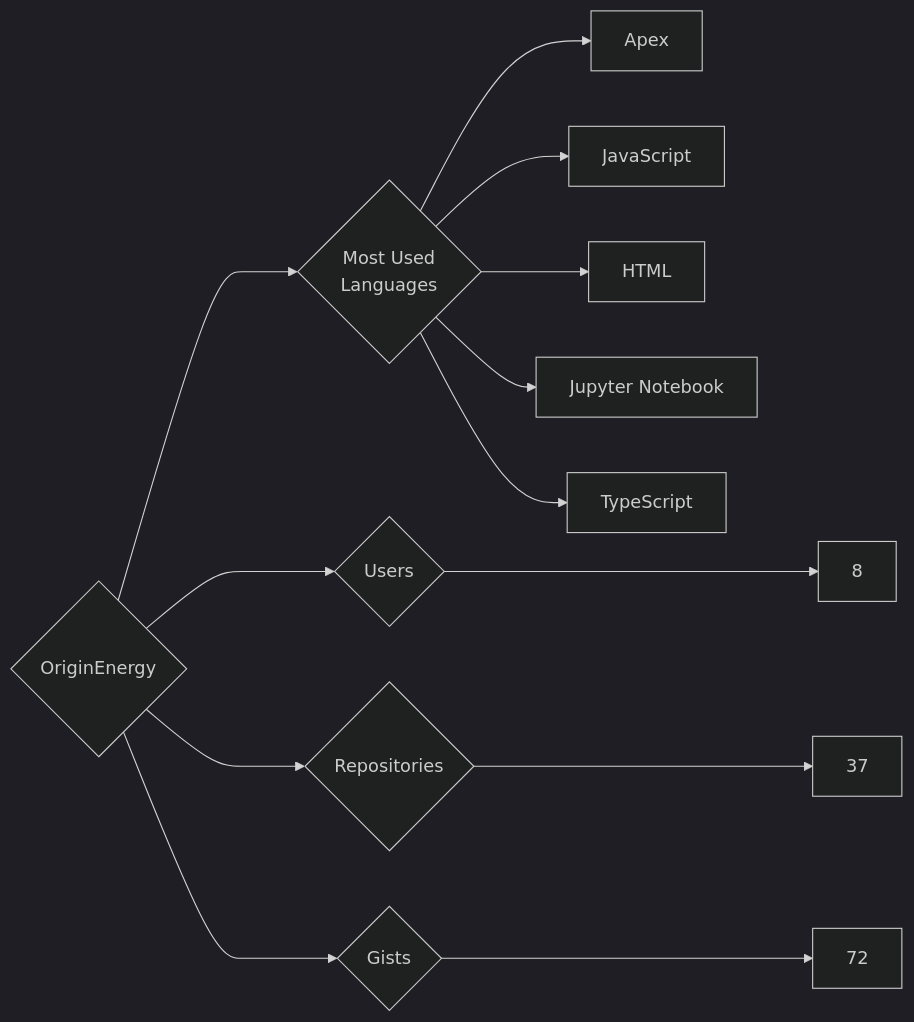
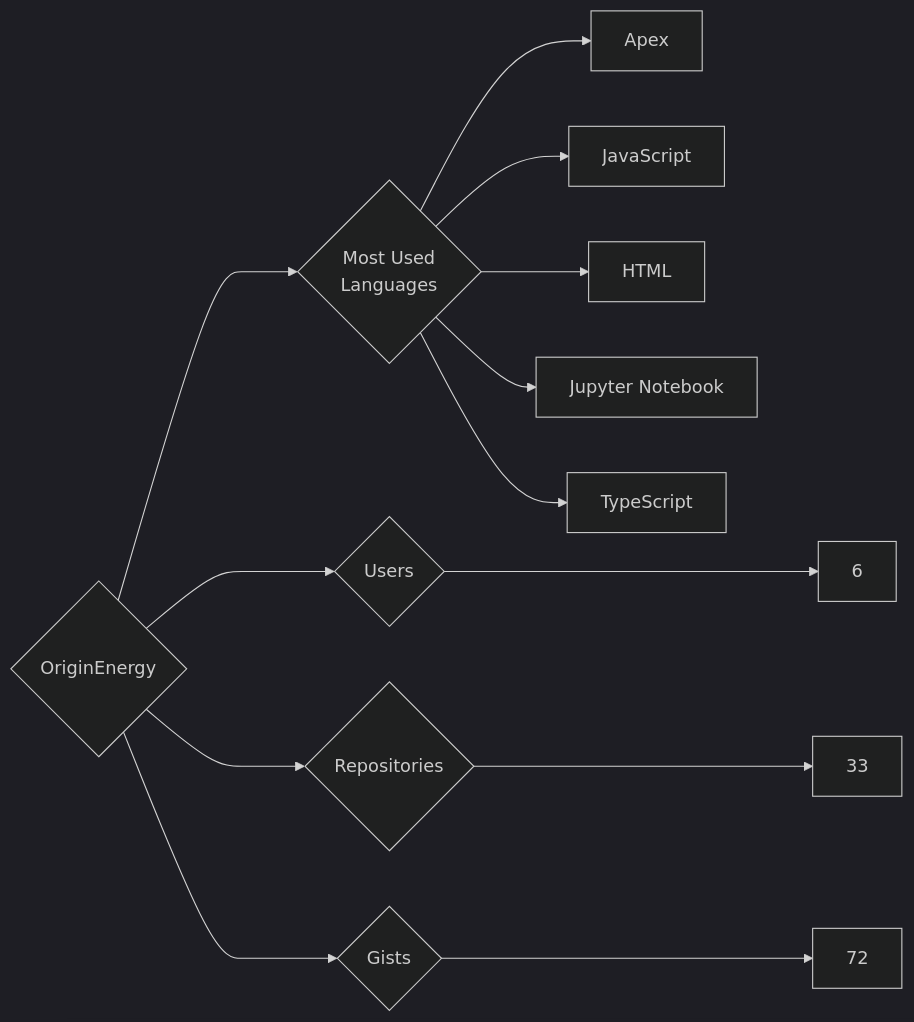
One commit to trickest/insiders changed the diagram in targets/OriginEnergy/README.md. Above: the diagram before and after it, drawn with Mermaid (dark theme). The commit also changed 1484 other files, not shown here.

````diff
--- a/targets/OriginEnergy/README.md
+++ b/targets/OriginEnergy/README.md
@@ -3,13 +3,13 @@
 ```mermaid
 graph LR
 COMPANY_NAME{OriginEnergy}
-COMPANY_NAME ---> U{Users} ---> UN[8]
-COMPANY_NAME ---> R{Repositories} ---> RN[37]
+COMPANY_NAME ---> U{Users} ---> UN[6]
+COMPANY_NAME ---> R{Repositories} ---> RN[33]
 COMPANY_NAME ---> G{Gists} ---> GN[72]
 COMPANY_NAME ---> ML{Most Used<br>Languages}
 ML --> Apex[Apex]
 ML --> JavaScript[JavaScript]
 ML --> HTML[HTML]
 ML --> Jupyter_Notebook[Jupyter Notebook]
 ML --> TypeScript[TypeScript]
 ```
````
